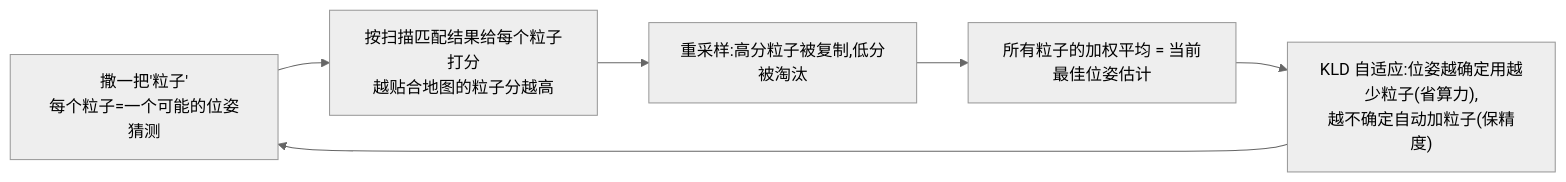
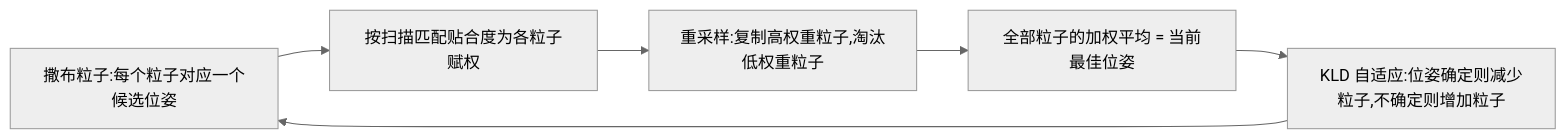
One commit to Drahann/OpenHarmonyCar changed the ninth of 33 diagrams in 竞赛文档/作品设计文档.md. Above: the diagram before and after it, drawn with Mermaid (neutral theme). The commit also changed other lines of this file and 37 other files, not shown here.

````diff
--- a/竞赛文档/作品设计文档.md
+++ b/竞赛文档/作品设计文档.md
@@ -462,8 +424,8 @@
 ```mermaid
 graph LR
-  P0["撒一把'粒子'<br/>每个粒子=一个可能的位姿猜测"] --> W["按扫描匹配结果给每个粒子打分<br/>越贴合地图的粒子分越高"]
-  W --> R["重采样:高分粒子被复制,低分被淘汰"]
-  R --> EST["所有粒子的加权平均 = 当前最佳位姿估计"]
-  EST --> KLD["KLD 自适应:位姿越确定用越少粒子(省算力),<br/>越不确定自动加粒子(保精度)"]
+  P0["撒布粒子:每个粒子对应一个候选位姿"] --> W["按扫描匹配贴合度为各粒子赋权"]
+  W --> R["重采样:复制高权重粒子,淘汰低权重粒子"]
+  R --> EST["全部粒子的加权平均 = 当前最佳位姿"]
+  EST --> KLD["KLD 自适应:位姿确定则减少粒子,不确定则增加粒子"]
   KLD --> P0
 ```
````
